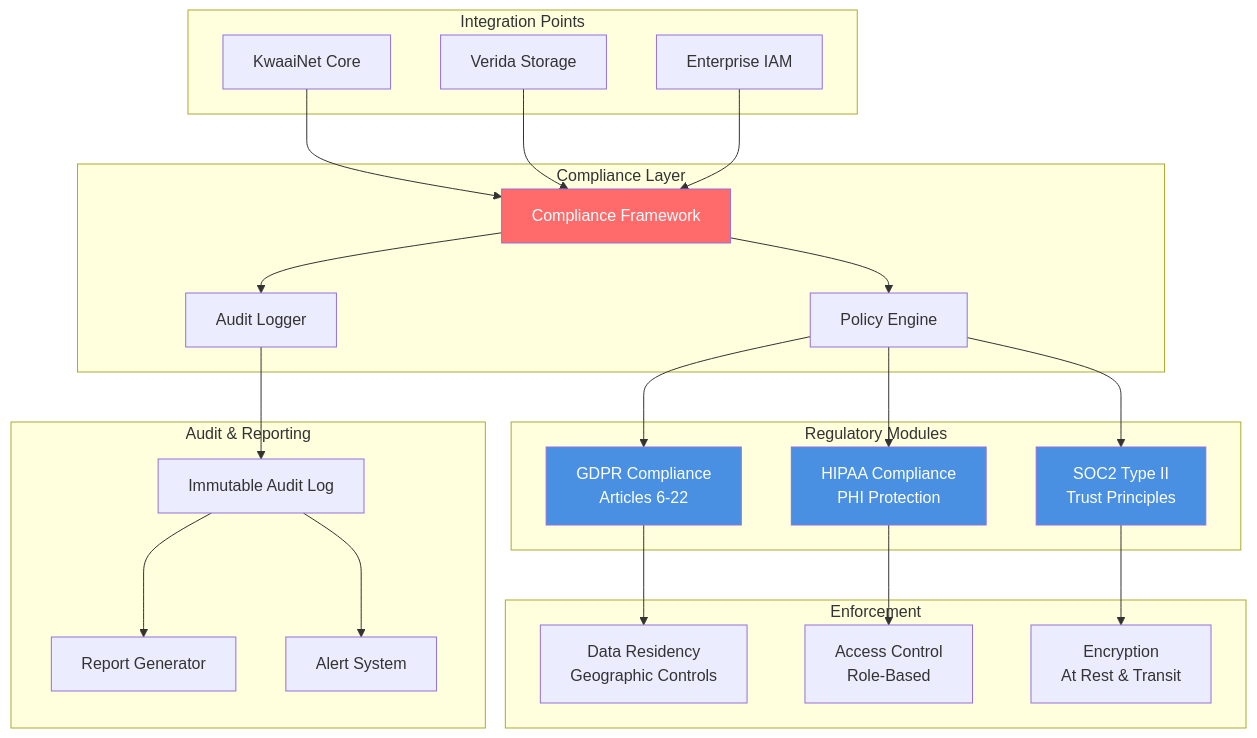
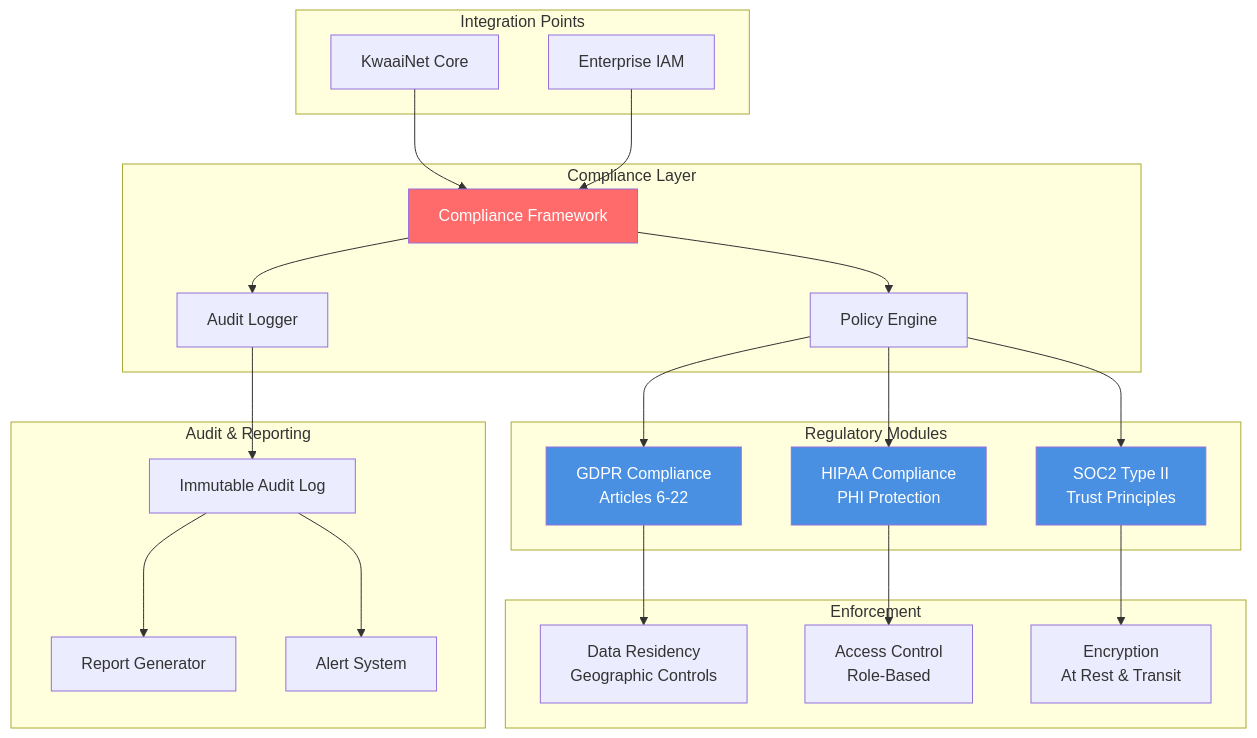
One commit to Kwaai-AI-Lab/KwaaiNet changed the ninth of 20 diagrams in docs/CHALLENGE_ARCHITECTURES.md. Above: the diagram before and after it, drawn with Mermaid. The commit also changed other lines of this file and 28 other files, not shown here.

````diff
--- a/docs/CHALLENGE_ARCHITECTURES.md
+++ b/docs/CHALLENGE_ARCHITECTURES.md
@@ -548,56 +437,54 @@
 ```mermaid
 graph TB
     subgraph "Compliance Layer"
         Framework[Compliance Framework]
         PolicyEngine[Policy Engine]
         AuditLogger[Audit Logger]
     end
 
     subgraph "Regulatory Modules"
         GDPR[GDPR Compliance<br/>Articles 6-22]
         HIPAA[HIPAA Compliance<br/>PHI Protection]
         SOC2[SOC2 Type II<br/>Trust Principles]
     end
 
     subgraph "Enforcement"
         DataResidency[Data Residency<br/>Geographic Controls]
         AccessControl[Access Control<br/>Role-Based]
         Encryption[Encryption<br/>At Rest & Transit]
     end
 
     subgraph "Audit & Reporting"
         ImmutableLog[Immutable Audit Log]
         ReportGen[Report Generator]
         Alerts[Alert System]
     end
 
     subgraph "Integration Points"
         KwaaiNet[KwaaiNet Core]
-        Verida[Verida Storage]
         Enterprise[Enterprise IAM]
     end
 
     Framework --> PolicyEngine
     Framework --> AuditLogger
 
     PolicyEngine --> GDPR
     PolicyEngine --> HIPAA
     PolicyEngine --> SOC2
 
     GDPR --> DataResidency
     HIPAA --> AccessControl
     SOC2 --> Encryption
 
     AuditLogger --> ImmutableLog
     ImmutableLog --> ReportGen
     ImmutableLog --> Alerts
 
     KwaaiNet --> Framework
-    Verida --> Framework
     Enterprise --> Framework
 
     style Framework fill:#FF6B6B,color:#fff
     style GDPR fill:#4A90E2,color:#fff
     style HIPAA fill:#4A90E2,color:#fff
     style SOC2 fill:#4A90E2,color:#fff
 ```
````
